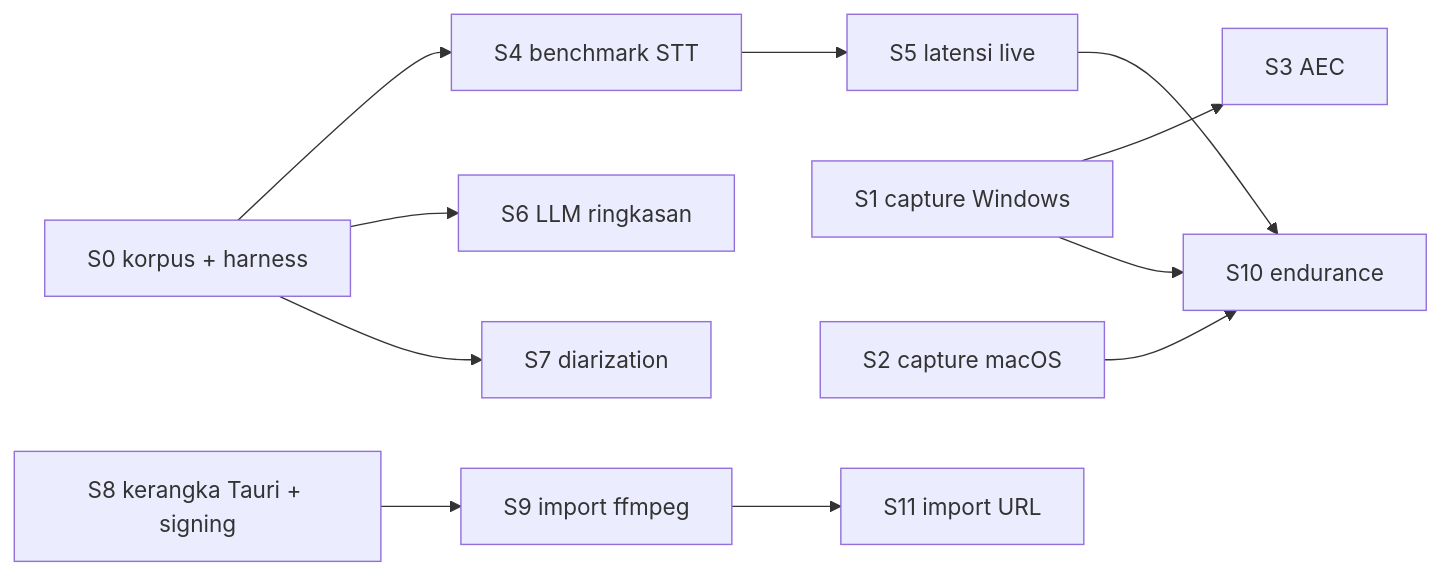
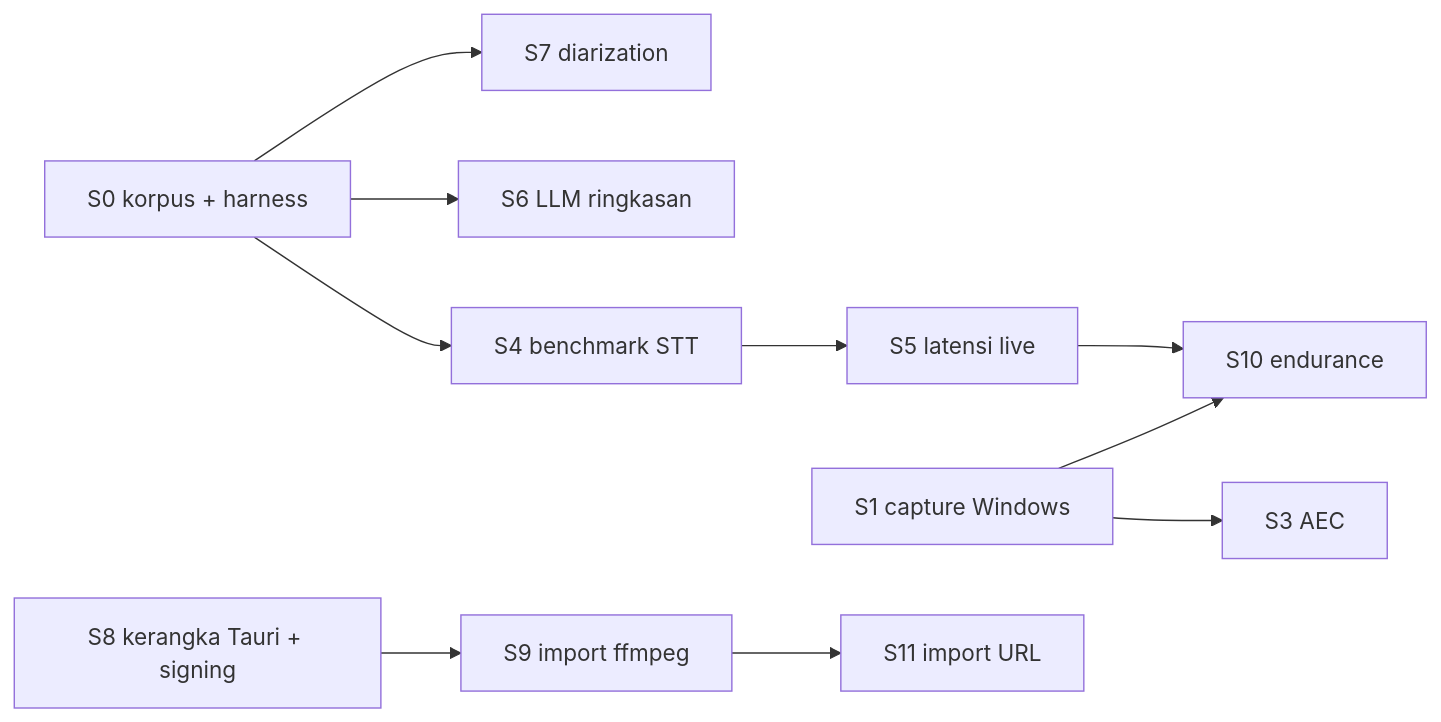
One commit to fadhiilhamizan/Recap changed the diagram in docs/planning/10-spike-plan.md. Above: the diagram before and after it, drawn with Mermaid. The commit also changed other lines of this file and 28 other files, not shown here.

````diff
--- a/docs/planning/10-spike-plan.md
+++ b/docs/planning/10-spike-plan.md
@@ -31,13 +35,12 @@
 ```mermaid
 flowchart LR
   S0["S0 korpus + harness"] --> S4["S4 benchmark STT"]
   S0 --> S6["S6 LLM ringkasan"]
   S4 --> S5["S5 latensi live"]
   S1["S1 capture Windows"] --> S3["S3 AEC"]
   S1 --> S10["S10 endurance"]
-  S2["S2 capture macOS"] --> S10
   S5 --> S10
   S8["S8 kerangka Tauri + signing"] --> S9["S9 import ffmpeg"]
   S9 --> S11["S11 import URL"]
   S0 --> S7["S7 diarization"]
 ```
````
